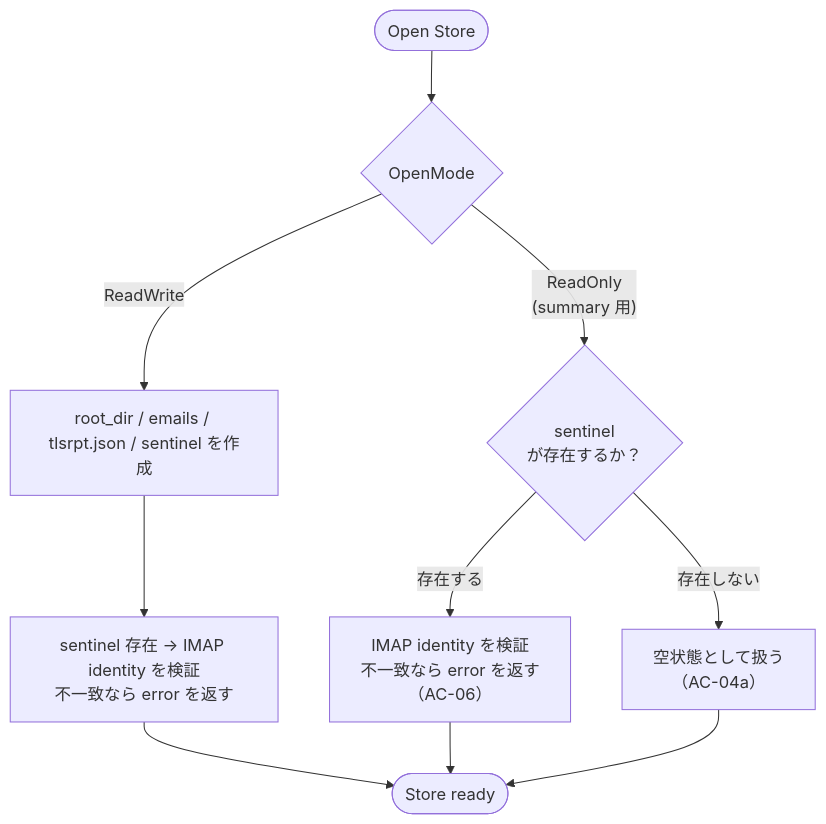
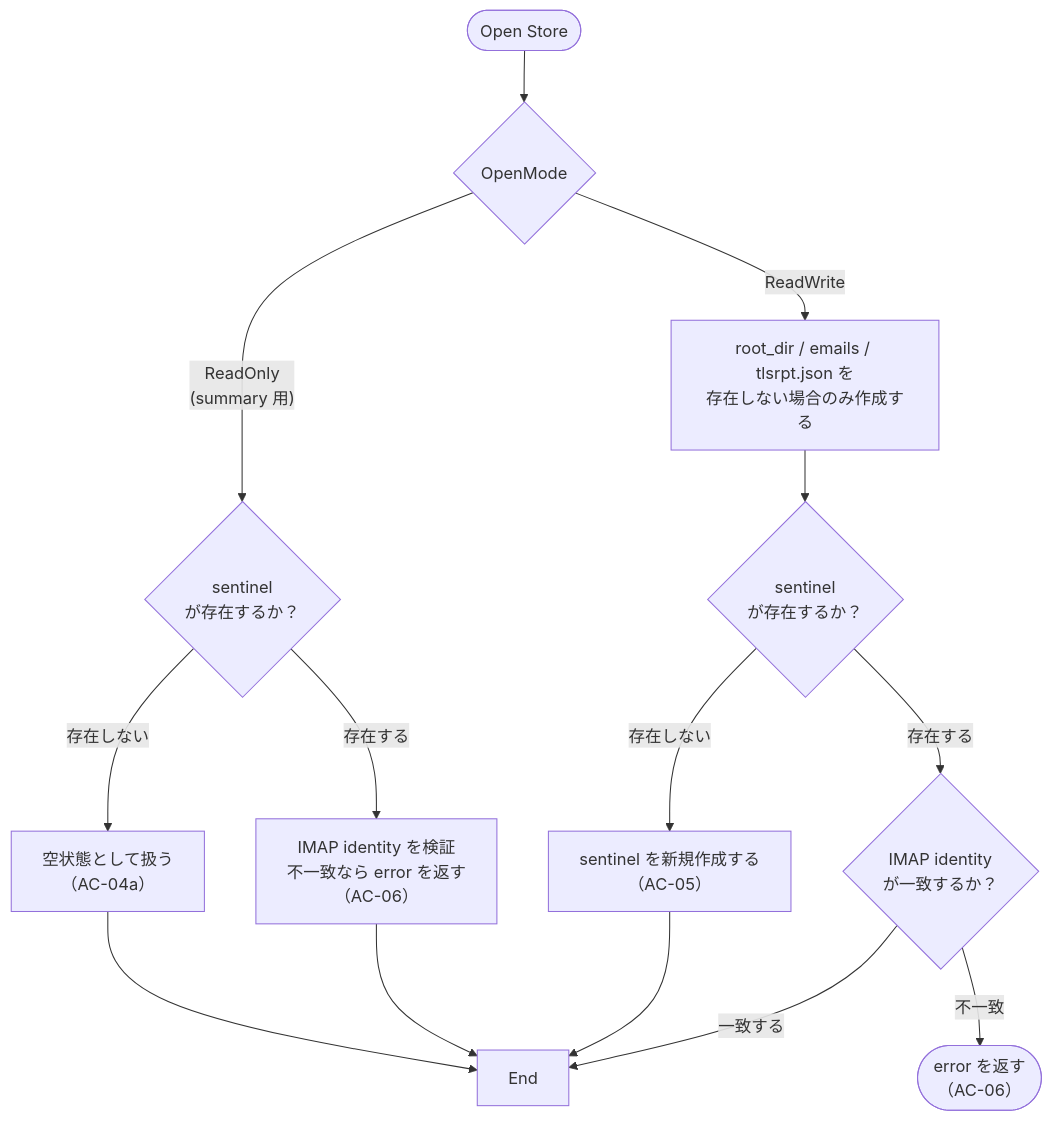
Before and after one commit to isseis/tlsrpt-digest: the eighth of 15 diagrams in docs/tasks/0040_store/02_architecture.md, drawn with Mermaid. The commit also changed other lines of this file, not shown here.

First line of the commit message:
docs(store/arch): clarity pass — legend, flowchart, labels, API names

````diff
--- a/docs/tasks/0040_store/02_architecture.md
+++ b/docs/tasks/0040_store/02_architecture.md
@@ -377,13 +379,17 @@
 ```mermaid
 flowchart TD
     Start(["Open Store"]) --> Mode{"OpenMode"}
-    Mode -->|"ReadWrite"| RW["root_dir / emails / tlsrpt.json / sentinel を作成"]
-    RW --> ValidateRW["sentinel 存在 → IMAP identity を検証<br>不一致なら error を返す"]
-    ValidateRW --> End(["Store ready"])
+    Mode -->|"ReadWrite"| RW["root_dir / emails / tlsrpt.json を<br>存在しない場合のみ作成する"]
+    RW --> SentinelExistsRW{"sentinel<br>が存在するか？"}
+    SentinelExistsRW -->|"存在しない"| CreateSentinel["sentinel を新規作成する<br>（AC-05）"]
+    SentinelExistsRW -->|"存在する"| ValidateRW{"IMAP identity<br>が一致するか？"}
+    ValidateRW -->|"一致する"| End
+    ValidateRW -->|"不一致"| ErrRW(["error を返す<br>（AC-06）"])
+    CreateSentinel --> End
 
     Mode -->|"ReadOnly<br>(summary 用)"| SentinelExists{"sentinel<br>が存在するか？"}
     SentinelExists -->|"存在する"| ValidateRO["IMAP identity を検証<br>不一致なら error を返す<br>（AC-06）"]
     SentinelExists -->|"存在しない"| EmptyState["空状態として扱う<br>（AC-04a）"]
     ValidateRO --> End
     EmptyState --> End
 ```
````
